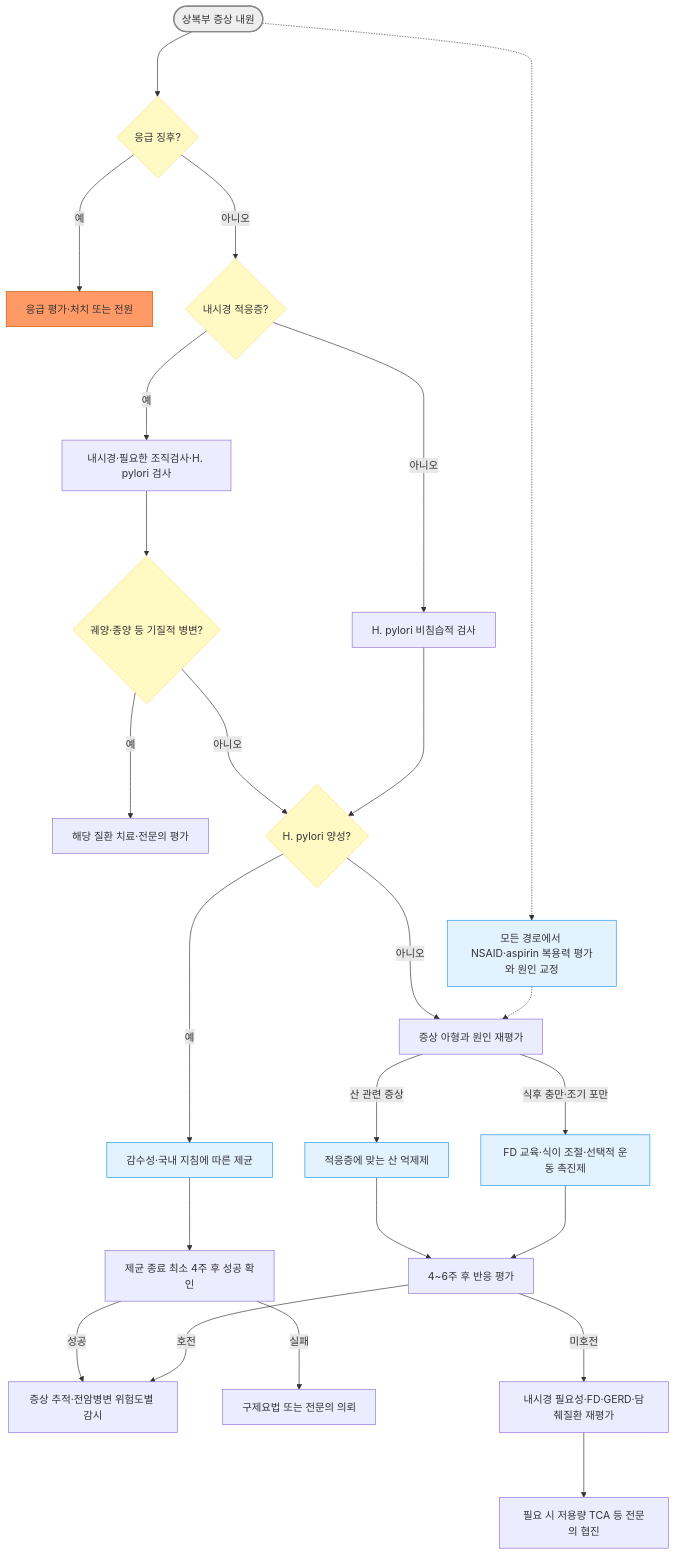
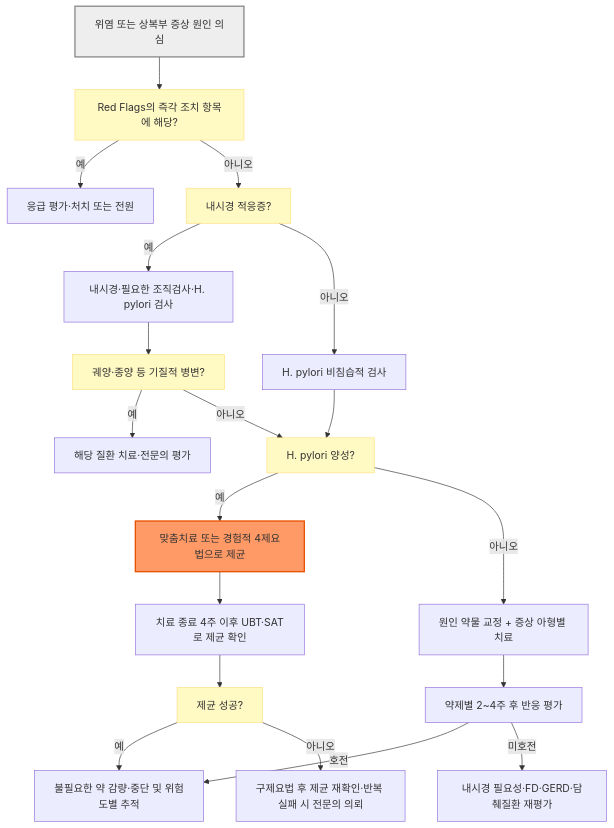
The second of 2 diagrams in 224_/078_-gastritis.md (familyoh77/familyoh77), drawn with Mermaid before and after one commit. The commit also changed other lines of this file and 1 other file, not shown here.

````diff
--- a/224_/078_-gastritis.md
+++ b/224_/078_-gastritis.md
@@ -175,32 +185,26 @@
 ```mermaid
-graph TD
-    A([상복부 증상 내원]) ---> B{"응급 징후?"}
-    B --->|예| C["응급 평가·처치 또는 전원"]
-    B --->|아니오| D{"내시경 적응증?"}
-    D --->|예| E["내시경·필요한 조직검사·H. pylori 검사"]
-    D --->|아니오| F["H. pylori 비침습적 검사"]
-    E ---> S{"궤양·종양 등 기질적 병변?"}
-    S --->|예| T["해당 질환 치료·전문의 평가"]
-    S --->|아니오| G{"H. pylori 양성?"}
-    F ---> G
-    G --->|예| H["감수성·국내 지침에 따른 제균"]
-    H ---> J["제균 종료 최소 4주 후 성공 확인"]
-    J --->|성공| K["증상 추적·전암병변 위험도별 감시"]
-    J --->|실패| L["구제요법 또는 전문의 의뢰"]
-    G --->|아니오| I["증상 아형과 원인 재평가"]
-    I --->|산 관련 증상| M["적응증에 맞는 산 억제제"]
-    I --->|식후 충만·조기 포만| N["FD 교육·식이 조절·선택적 운동 촉진제"]
-    M ---> P["4~6주 후 반응 평가"]
-    N ---> P
-    P --->|호전| K
-    P --->|미호전| Q["내시경 필요성·FD·GERD·담췌질환 재평가"]
-    Q ---> R["필요 시 저용량 TCA 등 전문의 협진"]
-    A -.-> O["모든 경로에서 NSAID·aspirin 복용력 평가와 원인 교정"]
-    O -.-> I
+flowchart TD
+    A["위염 또는 상복부 증상 원인 의심"] --> B["Red Flags의 즉각 조치 항목에 해당?"]
+    B -- "예" --> C["응급 평가·처치 또는 전원"]
+    B -- "아니오" --> D["내시경 적응증?"]
+    D -- "예" --> E["내시경·필요한 조직검사·H. pylori 검사"]
+    D -- "아니오" --> F["H. pylori 비침습적 검사"]
+    E --> S["궤양·종양 등 기질적 병변?"]
+    S -- "예" --> T["해당 질환 치료·전문의 평가"]
+    S -- "아니오" --> G["H. pylori 양성?"]
+    F --> G
+    G -- "예" --> H["맞춤치료 또는 경험적 4제요법으로 제균"]
+    H --> J["치료 종료 4주 이후 UBT·SAT로 제균 확인"]
+    G -- "아니오" --> I["원인 약물 교정 + 증상 아형별 치료"]
+    I --> P["약제별 2~4주 후 반응 평가"]
+    P -- "호전" --> R["불필요한 약 감량·중단 및 위험도별 추적"]
+    J --> K["제균 성공?"]
+    K -- "예" --> R
+    K -- "아니오" --> U["구제요법 후 제균 재확인·반복 실패 시 전문의 의뢰"]
+    P -- "미호전" --> Q["내시경 필요성·FD·GERD·담췌질환 재평가"]
+
+    classDef question fill:#fff9c4,stroke:#ffe082
+    class B,D,S,G,K question
     style A fill:#eeeeee,stroke:#888888,stroke-width:2px
-    style C fill:#ff9966,stroke:#cc5500
-    classDef yellow fill:#fff9c4,stroke:#ffe082
-    class B,D,S,G yellow
-    classDef sky fill:#e3f2ff,stroke:#2196f3
-    class H,M,N,O sky
+    style H fill:#f96,stroke:#e65100,stroke-width:2px
 ```
````
